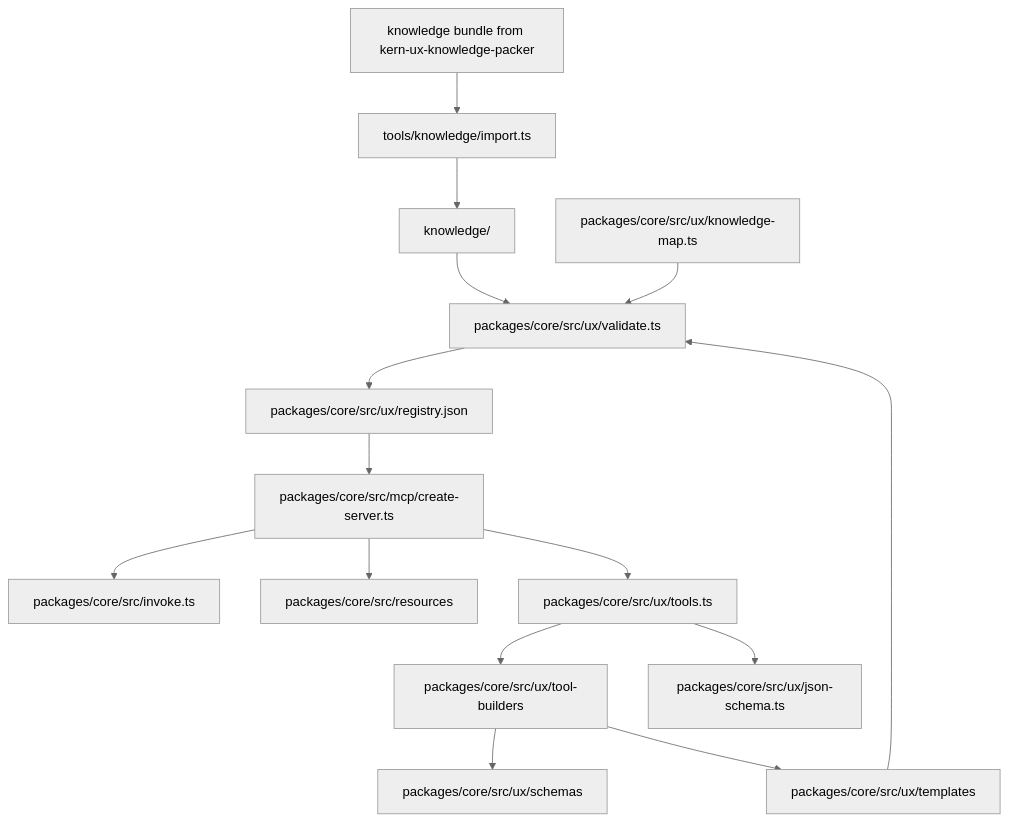
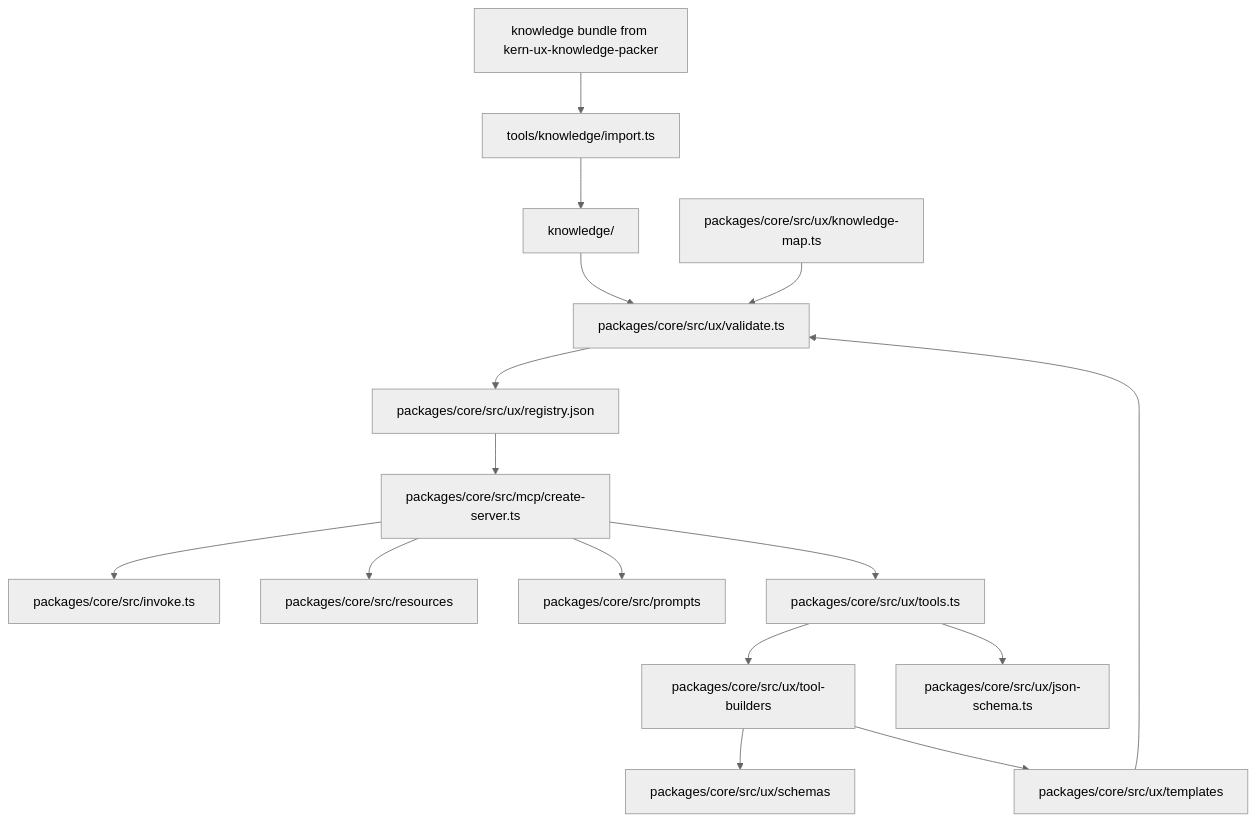
The diagram in docs/codebase-guide.md (leonio/kern-ux-mcp), drawn with Mermaid (neutral theme) before and after one commit. The commit also changed other lines of this file and 2 other files, not shown here.

First line of the commit message:
docs: prompts in the README, the codebase guide and the migration notes (R7 C8)

````diff
--- a/docs/codebase-guide.md
+++ b/docs/codebase-guide.md
@@ -9,17 +9,18 @@
 ```mermaid
 flowchart TD
   A[knowledge bundle from kern-ux-knowledge-packer] --> B[tools/knowledge/import.ts]
   B --> C[knowledge/]
   C --> K[packages/core/src/ux/knowledge-projection.ts]
   M[packages/core/src/ux/knowledge-map.ts] --> K
   K --> D[packages/core/src/ux/registry.json]
   D --> E[packages/core/src/mcp/create-server.ts]
   E --> P[packages/core/src/invoke.ts]
   E --> R[packages/core/src/resources]
+  E --> Q[packages/core/src/prompts]
   E --> F[packages/core/src/ux/tools.ts]
   F --> G[packages/core/src/ux/tool-builders]
   G --> H[packages/core/src/ux/schemas]
   G --> I[packages/core/src/ux/templates]
   F --> J[packages/core/src/ux/json-schema.ts]
   I --> K[packages/core/src/ux/validate.ts]
 ```
````
